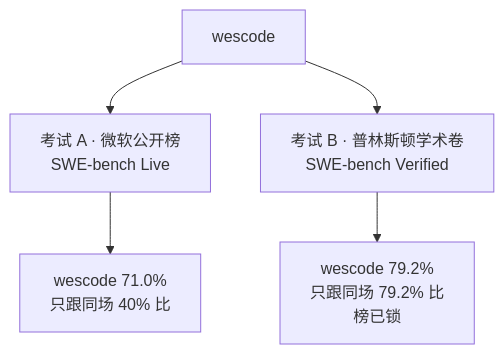
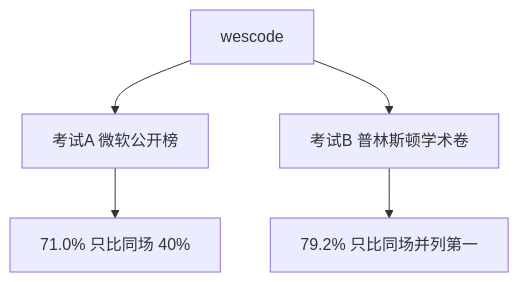
The second of 2 diagrams in benchmarks/README.md (weisyn/wescode), drawn with Mermaid before and after one commit. The commit also changed other lines of this file, not shown here.

Commit message:
docs(benchmarks): 缩短 mermaid 文案，避免框图折行看不清

````diff
--- a/benchmarks/README.md
+++ b/benchmarks/README.md
@@ -80,8 +80,8 @@
 ```mermaid
 flowchart TB
-  W["wescode"]
-  W --> L["考试 A · 微软公开榜<br/>SWE-bench Live"]
-  W --> P["考试 B · 普林斯顿学术卷<br/>SWE-bench Verified"]
-  L --> L1["wescode 71.0%<br/>只跟同场 40% 比"]
-  P --> P1["wescode 79.2%<br/>只跟同场 79.2% 比<br/>榜已锁"]
+  W[wescode]
+  W --> L[考试A 微软公开榜]
+  W --> P[考试B 普林斯顿学术卷]
+  L --> L1["71.0% 只比同场 40%"]
+  P --> P1["79.2% 只比同场并列第一"]
 ```
````
